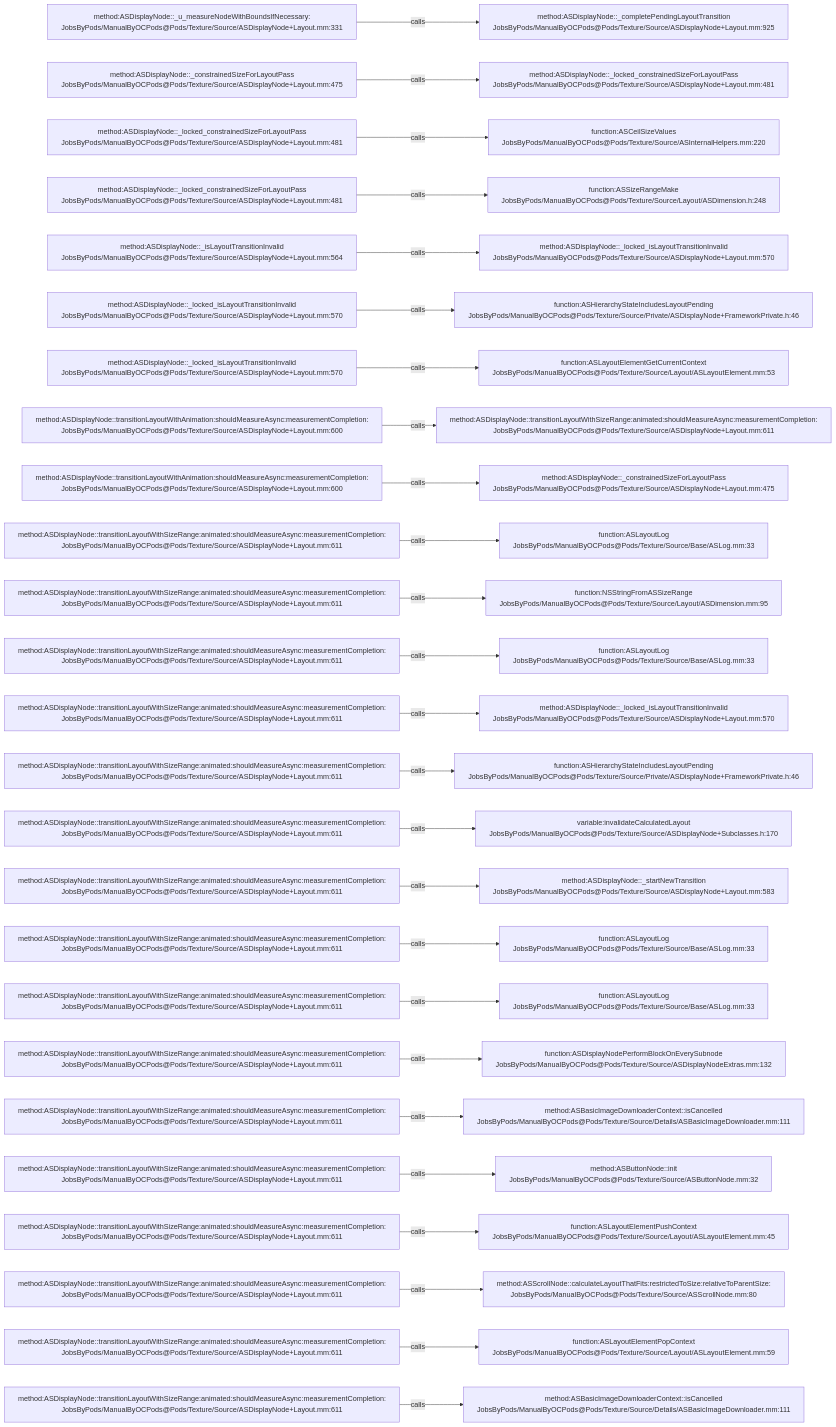
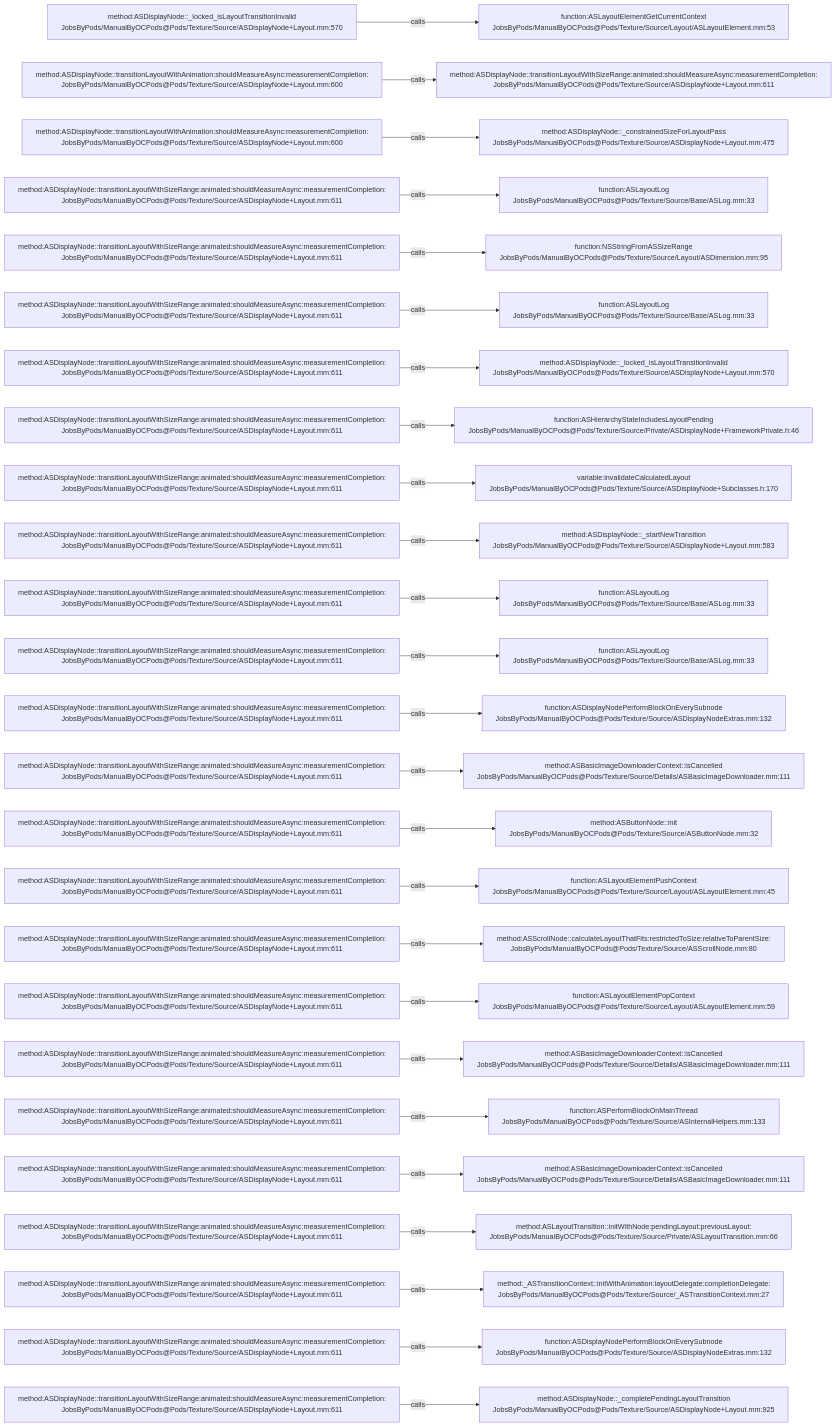
The diagram in .codegraph/codegraph.md/graphs/calls-084.md (JobsKits/JobsOCBaseConfigDemo), drawn with Mermaid before and after one commit. The commit also changed 666 other files, not shown here.

````diff
--- a/.codegraph/codegraph.md/graphs/calls-084.md
+++ b/.codegraph/codegraph.md/graphs/calls-084.md
@@ -13,78 +13,78 @@
 ```mermaid
 flowchart LR
-  S1["method:ASDisplayNode::_u_measureNodeWithBoundsIfNecessary:<br/>JobsByPods/ManualByOCPods@Pods/Texture/Source/ASDisplayNode+Layout.mm:331"]
-  T1["method:ASDisplayNode::_completePendingLayoutTransition<br/>JobsByPods/ManualByOCPods@Pods/Texture/Source/ASDisplayNode+Layout.mm:925"]
+  S1["method:ASDisplayNode::_locked_isLayoutTransitionInvalid<br/>JobsByPods/ManualByOCPods@Pods/Texture/Source/ASDisplayNode+Layout.mm:570"]
+  T1["function:ASLayoutElementGetCurrentContext<br/>JobsByPods/ManualByOCPods@Pods/Texture/Source/Layout/ASLayoutElement.mm:53"]
   S1 -->|calls| T1
-  S2["method:ASDisplayNode::_constrainedSizeForLayoutPass<br/>JobsByPods/ManualByOCPods@Pods/Texture/Source/ASDisplayNode+Layout.mm:475"]
-  T2["method:ASDisplayNode::_locked_constrainedSizeForLayoutPass<br/>JobsByPods/ManualByOCPods@Pods/Texture/Source/ASDisplayNode+Layout.mm:481"]
+  S2["method:ASDisplayNode::transitionLayoutWithAnimation:shouldMeasureAsync:measurementCompletion:<br/>JobsByPods/ManualByOCPods@Pods/Texture/Source/ASDisplayNode+Layout.mm:600"]
+  T2["method:ASDisplayNode::transitionLayoutWithSizeRange:animated:shouldMeasureAsync:measurementCompletion:<br/>JobsByPods/ManualByOCPods@Pods/Texture/Source/ASDisplayNode+Layout.mm:611"]
   S2 -->|calls| T2
-  S3["method:ASDisplayNode::_locked_constrainedSizeForLayoutPass<br/>JobsByPods/ManualByOCPods@Pods/Texture/Source/ASDisplayNode+Layout.mm:481"]
-  T3["function:ASCeilSizeValues<br/>JobsByPods/ManualByOCPods@Pods/Texture/Source/ASInternalHelpers.mm:220"]
+  S3["method:ASDisplayNode::transitionLayoutWithAnimation:shouldMeasureAsync:measurementCompletion:<br/>JobsByPods/ManualByOCPods@Pods/Texture/Source/ASDisplayNode+Layout.mm:600"]
+  T3["method:ASDisplayNode::_constrainedSizeForLayoutPass<br/>JobsByPods/ManualByOCPods@Pods/Texture/Source/ASDisplayNode+Layout.mm:475"]
   S3 -->|calls| T3
-  S4["method:ASDisplayNode::_locked_constrainedSizeForLayoutPass<br/>JobsByPods/ManualByOCPods@Pods/Texture/Source/ASDisplayNode+Layout.mm:481"]
-  T4["function:ASSizeRangeMake<br/>JobsByPods/ManualByOCPods@Pods/Texture/Source/Layout/ASDimension.h:248"]
+  S4["method:ASDisplayNode::transitionLayoutWithSizeRange:animated:shouldMeasureAsync:measurementCompletion:<br/>JobsByPods/ManualByOCPods@Pods/Texture/Source/ASDisplayNode+Layout.mm:611"]
+  T4["function:ASLayoutLog<br/>JobsByPods/ManualByOCPods@Pods/Texture/Source/Base/ASLog.mm:33"]
   S4 -->|calls| T4
-  S5["method:ASDisplayNode::_isLayoutTransitionInvalid<br/>JobsByPods/ManualByOCPods@Pods/Texture/Source/ASDisplayNode+Layout.mm:564"]
-  T5["method:ASDisplayNode::_locked_isLayoutTransitionInvalid<br/>JobsByPods/ManualByOCPods@Pods/Texture/Source/ASDisplayNode+Layout.mm:570"]
+  S5["method:ASDisplayNode::transitionLayoutWithSizeRange:animated:shouldMeasureAsync:measurementCompletion:<br/>JobsByPods/ManualByOCPods@Pods/Texture/Source/ASDisplayNode+Layout.mm:611"]
+  T5["function:NSStringFromASSizeRange<br/>JobsByPods/ManualByOCPods@Pods/Texture/Source/Layout/ASDimension.mm:95"]
   S5 -->|calls| T5
-  S6["method:ASDisplayNode::_locked_isLayoutTransitionInvalid<br/>JobsByPods/ManualByOCPods@Pods/Texture/Source/ASDisplayNode+Layout.mm:570"]
-  T6["function:ASHierarchyStateIncludesLayoutPending<br/>JobsByPods/ManualByOCPods@Pods/Texture/Source/Private/ASDisplayNode+FrameworkPrivate.h:46"]
+  S6["method:ASDisplayNode::transitionLayoutWithSizeRange:animated:shouldMeasureAsync:measurementCompletion:<br/>JobsByPods/ManualByOCPods@Pods/Texture/Source/ASDisplayNode+Layout.mm:611"]
+  T6["function:ASLayoutLog<br/>JobsByPods/ManualByOCPods@Pods/Texture/Source/Base/ASLog.mm:33"]
   S6 -->|calls| T6
-  S7["method:ASDisplayNode::_locked_isLayoutTransitionInvalid<br/>JobsByPods/ManualByOCPods@Pods/Texture/Source/ASDisplayNode+Layout.mm:570"]
-  T7["function:ASLayoutElementGetCurrentContext<br/>JobsByPods/ManualByOCPods@Pods/Texture/Source/Layout/ASLayoutElement.mm:53"]
+  S7["method:ASDisplayNode::transitionLayoutWithSizeRange:animated:shouldMeasureAsync:measurementCompletion:<br/>JobsByPods/ManualByOCPods@Pods/Texture/Source/ASDisplayNode+Layout.mm:611"]
+  T7["method:ASDisplayNode::_locked_isLayoutTransitionInvalid<br/>JobsByPods/ManualByOCPods@Pods/Texture/Source/ASDisplayNode+Layout.mm:570"]
   S7 -->|calls| T7
-  S8["method:ASDisplayNode::transitionLayoutWithAnimation:shouldMeasureAsync:measurementCompletion:<br/>JobsByPods/ManualByOCPods@Pods/Texture/Source/ASDisplayNode+Layout.mm:600"]
-  T8["method:ASDisplayNode::transitionLayoutWithSizeRange:animated:shouldMeasureAsync:measurementCompletion:<br/>JobsByPods/ManualByOCPods@Pods/Texture/Source/ASDisplayNode+Layout.mm:611"]
+  S8["method:ASDisplayNode::transitionLayoutWithSizeRange:animated:shouldMeasureAsync:measurementCompletion:<br/>JobsByPods/ManualByOCPods@Pods/Texture/Source/ASDisplayNode+Layout.mm:611"]
+  T8["function:ASHierarchyStateIncludesLayoutPending<br/>JobsByPods/ManualByOCPods@Pods/Texture/Source/Private/ASDisplayNode+FrameworkPrivate.h:46"]
   S8 -->|calls| T8
-  S9["method:ASDisplayNode::transitionLayoutWithAnimation:shouldMeasureAsync:measurementCompletion:<br/>JobsByPods/ManualByOCPods@Pods/Texture/Source/ASDisplayNode+Layout.mm:600"]
-  T9["method:ASDisplayNode::_constrainedSizeForLayoutPass<br/>JobsByPods/ManualByOCPods@Pods/Texture/Source/ASDisplayNode+Layout.mm:475"]
+  S9["method:ASDisplayNode::transitionLayoutWithSizeRange:animated:shouldMeasureAsync:measurementCompletion:<br/>JobsByPods/ManualByOCPods@Pods/Texture/Source/ASDisplayNode+Layout.mm:611"]
+  T9["variable:invalidateCalculatedLayout<br/>JobsByPods/ManualByOCPods@Pods/Texture/Source/ASDisplayNode+Subclasses.h:170"]
   S9 -->|calls| T9
   S10["method:ASDisplayNode::transitionLayoutWithSizeRange:animated:shouldMeasureAsync:measurementCompletion:<br/>JobsByPods/ManualByOCPods@Pods/Texture/Source/ASDisplayNode+Layout.mm:611"]
-  T10["function:ASLayoutLog<br/>JobsByPods/ManualByOCPods@Pods/Texture/Source/Base/ASLog.mm:33"]
+  T10["method:ASDisplayNode::_startNewTransition<br/>JobsByPods/ManualByOCPods@Pods/Texture/Source/ASDisplayNode+Layout.mm:583"]
   S10 -->|calls| T10
   S11["method:ASDisplayNode::transitionLayoutWithSizeRange:animated:shouldMeasureAsync:measurementCompletion:<br/>JobsByPods/ManualByOCPods@Pods/Texture/Source/ASDisplayNode+Layout.mm:611"]
-  T11["function:NSStringFromASSizeRange<br/>JobsByPods/ManualByOCPods@Pods/Texture/Source/Layout/ASDimension.mm:95"]
+  T11["function:ASLayoutLog<br/>JobsByPods/ManualByOCPods@Pods/Texture/Source/Base/ASLog.mm:33"]
   S11 -->|calls| T11
   S12["method:ASDisplayNode::transitionLayoutWithSizeRange:animated:shouldMeasureAsync:measurementCompletion:<br/>JobsByPods/ManualByOCPods@Pods/Texture/Source/ASDisplayNode+Layout.mm:611"]
   T12["function:ASLayoutLog<br/>JobsByPods/ManualByOCPods@Pods/Texture/Source/Base/ASLog.mm:33"]
   S12 -->|calls| T12
   S13["method:ASDisplayNode::transitionLayoutWithSizeRange:animated:shouldMeasureAsync:measurementCompletion:<br/>JobsByPods/ManualByOCPods@Pods/Texture/Source/ASDisplayNode+Layout.mm:611"]
-  T13["method:ASDisplayNode::_locked_isLayoutTransitionInvalid<br/>JobsByPods/ManualByOCPods@Pods/Texture/Source/ASDisplayNode+Layout.mm:570"]
+  T13["function:ASDisplayNodePerformBlockOnEverySubnode<br/>JobsByPods/ManualByOCPods@Pods/Texture/Source/ASDisplayNodeExtras.mm:132"]
   S13 -->|calls| T13
   S14["method:ASDisplayNode::transitionLayoutWithSizeRange:animated:shouldMeasureAsync:measurementCompletion:<br/>JobsByPods/ManualByOCPods@Pods/Texture/Source/ASDisplayNode+Layout.mm:611"]
-  T14["function:ASHierarchyStateIncludesLayoutPending<br/>JobsByPods/ManualByOCPods@Pods/Texture/Source/Private/ASDisplayNode+FrameworkPrivate.h:46"]
+  T14["method:ASBasicImageDownloaderContext::isCancelled<br/>JobsByPods/ManualByOCPods@Pods/Texture/Source/Details/ASBasicImageDownloader.mm:111"]
   S14 -->|calls| T14
   S15["method:ASDisplayNode::transitionLayoutWithSizeRange:animated:shouldMeasureAsync:measurementCompletion:<br/>JobsByPods/ManualByOCPods@Pods/Texture/Source/ASDisplayNode+Layout.mm:611"]
-  T15["variable:invalidateCalculatedLayout<br/>JobsByPods/ManualByOCPods@Pods/Texture/Source/ASDisplayNode+Subclasses.h:170"]
+  T15["method:ASButtonNode::init<br/>JobsByPods/ManualByOCPods@Pods/Texture/Source/ASButtonNode.mm:32"]
   S15 -->|calls| T15
   S16["method:ASDisplayNode::transitionLayoutWithSizeRange:animated:shouldMeasureAsync:measurementCompletion:<br/>JobsByPods/ManualByOCPods@Pods/Texture/Source/ASDisplayNode+Layout.mm:611"]
-  T16["method:ASDisplayNode::_startNewTransition<br/>JobsByPods/ManualByOCPods@Pods/Texture/Source/ASDisplayNode+Layout.mm:583"]
+  T16["function:ASLayoutElementPushContext<br/>JobsByPods/ManualByOCPods@Pods/Texture/Source/Layout/ASLayoutElement.mm:45"]
   S16 -->|calls| T16
   S17["method:ASDisplayNode::transitionLayoutWithSizeRange:animated:shouldMeasureAsync:measurementCompletion:<br/>JobsByPods/ManualByOCPods@Pods/Texture/Source/ASDisplayNode+Layout.mm:611"]
-  T17["function:ASLayoutLog<br/>JobsByPods/ManualByOCPods@Pods/Texture/Source/Base/ASLog.mm:33"]
+  T17["method:ASScrollNode::calculateLayoutThatFits:restrictedToSize:relativeToParentSize:<br/>JobsByPods/ManualByOCPods@Pods/Texture/Source/ASScrollNode.mm:80"]
   S17 -->|calls| T17
   S18["method:ASDisplayNode::transitionLayoutWithSizeRange:animated:shouldMeasureAsync:measurementCompletion:<br/>JobsByPods/ManualByOCPods@Pods/Texture/Source/ASDisplayNode+Layout.mm:611"]
-  T18["function:ASLayoutLog<br/>JobsByPods/ManualByOCPods@Pods/Texture/Source/Base/ASLog.mm:33"]
+  T18["function:ASLayoutElementPopContext<br/>JobsByPods/ManualByOCPods@Pods/Texture/Source/Layout/ASLayoutElement.mm:59"]
   S18 -->|calls| T18
   S19["method:ASDisplayNode::transitionLayoutWithSizeRange:animated:shouldMeasureAsync:measurementCompletion:<br/>JobsByPods/ManualByOCPods@Pods/Texture/Source/ASDisplayNode+Layout.mm:611"]
-  T19["function:ASDisplayNodePerformBlockOnEverySubnode<br/>JobsByPods/ManualByOCPods@Pods/Texture/Source/ASDisplayNodeExtras.mm:132"]
+  T19["method:ASBasicImageDownloaderContext::isCancelled<br/>JobsByPods/ManualByOCPods@Pods/Texture/Source/Details/ASBasicImageDownloader.mm:111"]
   S19 -->|calls| T19
   S20["method:ASDisplayNode::transitionLayoutWithSizeRange:animated:shouldMeasureAsync:measurementCompletion:<br/>JobsByPods/ManualByOCPods@Pods/Texture/Source/ASDisplayNode+Layout.mm:611"]
-  T20["method:ASBasicImageDownloaderContext::isCancelled<br/>JobsByPods/ManualByOCPods@Pods/Texture/Source/Details/ASBasicImageDownloader.mm:111"]
+  T20["function:ASPerformBlockOnMainThread<br/>JobsByPods/ManualByOCPods@Pods/Texture/Source/ASInternalHelpers.mm:133"]
   S20 -->|calls| T20
   S21["method:ASDisplayNode::transitionLayoutWithSizeRange:animated:shouldMeasureAsync:measurementCompletion:<br/>JobsByPods/ManualByOCPods@Pods/Texture/Source/ASDisplayNode+Layout.mm:611"]
-  T21["method:ASButtonNode::init<br/>JobsByPods/ManualByOCPods@Pods/Texture/Source/ASButtonNode.mm:32"]
+  T21["method:ASBasicImageDownloaderContext::isCancelled<br/>JobsByPods/ManualByOCPods@Pods/Texture/Source/Details/ASBasicImageDownloader.mm:111"]
   S21 -->|calls| T21
   S22["method:ASDisplayNode::transitionLayoutWithSizeRange:animated:shouldMeasureAsync:measurementCompletion:<br/>JobsByPods/ManualByOCPods@Pods/Texture/Source/ASDisplayNode+Layout.mm:611"]
-  T22["function:ASLayoutElementPushContext<br/>JobsByPods/ManualByOCPods@Pods/Texture/Source/Layout/ASLayoutElement.mm:45"]
+  T22["method:ASLayoutTransition::initWithNode:pendingLayout:previousLayout:<br/>JobsByPods/ManualByOCPods@Pods/Texture/Source/Private/ASLayoutTransition.mm:66"]
   S22 -->|calls| T22
   S23["method:ASDisplayNode::transitionLayoutWithSizeRange:animated:shouldMeasureAsync:measurementCompletion:<br/>JobsByPods/ManualByOCPods@Pods/Texture/Source/ASDisplayNode+Layout.mm:611"]
-  T23["method:ASScrollNode::calculateLayoutThatFits:restrictedToSize:relativeToParentSize:<br/>JobsByPods/ManualByOCPods@Pods/Texture/Source/ASScrollNode.mm:80"]
+  T23["method:_ASTransitionContext::initWithAnimation:layoutDelegate:completionDelegate:<br/>JobsByPods/ManualByOCPods@Pods/Texture/Source/_ASTransitionContext.mm:27"]
   S23 -->|calls| T23
   S24["method:ASDisplayNode::transitionLayoutWithSizeRange:animated:shouldMeasureAsync:measurementCompletion:<br/>JobsByPods/ManualByOCPods@Pods/Texture/Source/ASDisplayNode+Layout.mm:611"]
-  T24["function:ASLayoutElementPopContext<br/>JobsByPods/ManualByOCPods@Pods/Texture/Source/Layout/ASLayoutElement.mm:59"]
+  T24["function:ASDisplayNodePerformBlockOnEverySubnode<br/>JobsByPods/ManualByOCPods@Pods/Texture/Source/ASDisplayNodeExtras.mm:132"]
   S24 -->|calls| T24
   S25["method:ASDisplayNode::transitionLayoutWithSizeRange:animated:shouldMeasureAsync:measurementCompletion:<br/>JobsByPods/ManualByOCPods@Pods/Texture/Source/ASDisplayNode+Layout.mm:611"]
-  T25["method:ASBasicImageDownloaderContext::isCancelled<br/>JobsByPods/ManualByOCPods@Pods/Texture/Source/Details/ASBasicImageDownloader.mm:111"]
+  T25["method:ASDisplayNode::_completePendingLayoutTransition<br/>JobsByPods/ManualByOCPods@Pods/Texture/Source/ASDisplayNode+Layout.mm:925"]
   S25 -->|calls| T25
 ```
````
